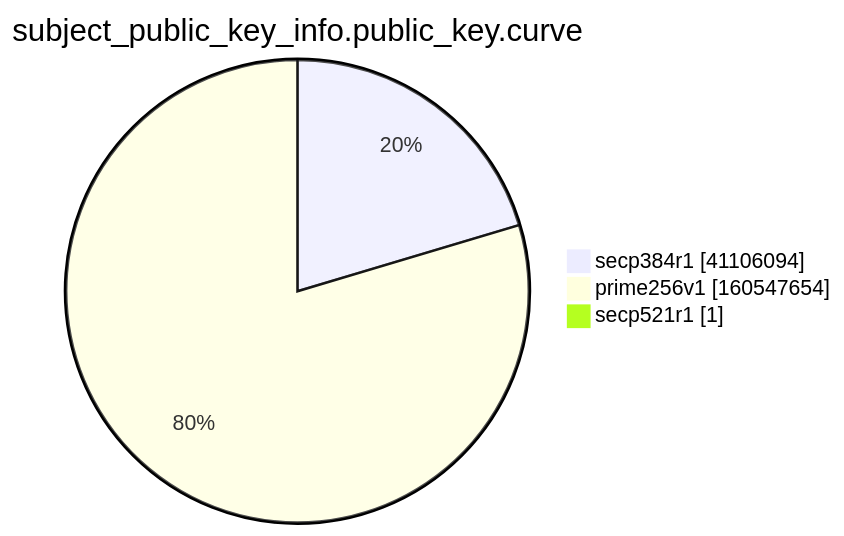
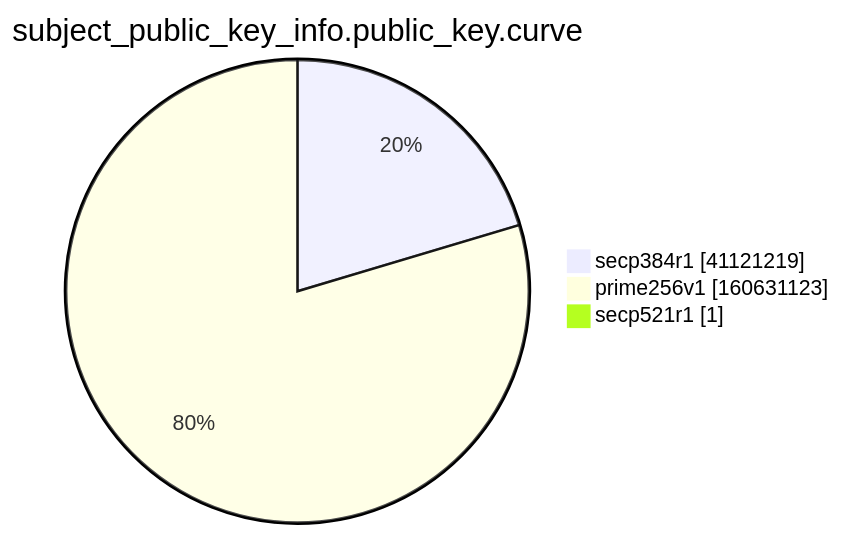
Before and after one commit to christiankrug/ctmonitor_visualization: the ninth of 15 diagrams in xenon2022/README.md, drawn with Mermaid. The commit also changed other lines of this file, not shown here.

````diff
--- a/xenon2022/README.md
+++ b/xenon2022/README.md
@@ -2868,7 +2868,7 @@
 ```mermaid
 pie showData
 title subject_public_key_info.public_key.curve
-"secp384r1" :41106094
-"prime256v1" :160547654
+"secp384r1" :41121219
+"prime256v1" :160631123
 "secp521r1" :1
 ```
````
